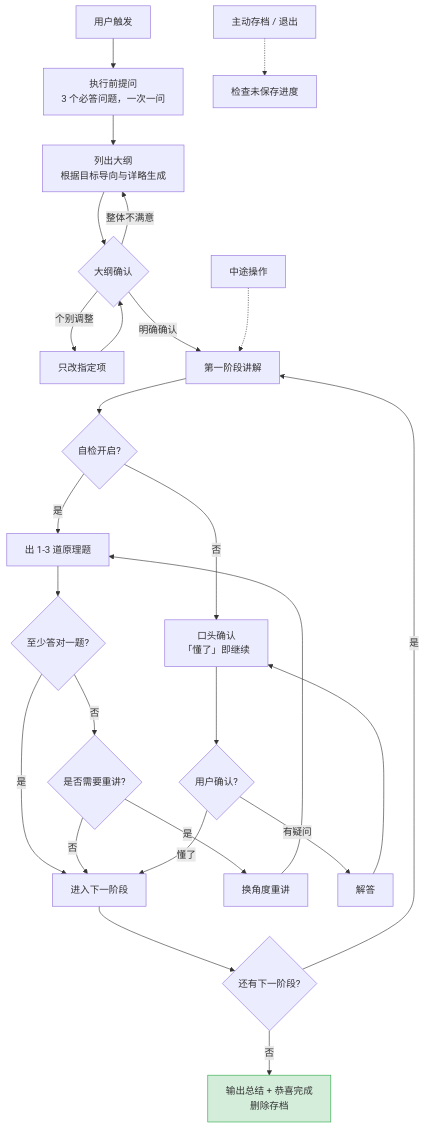
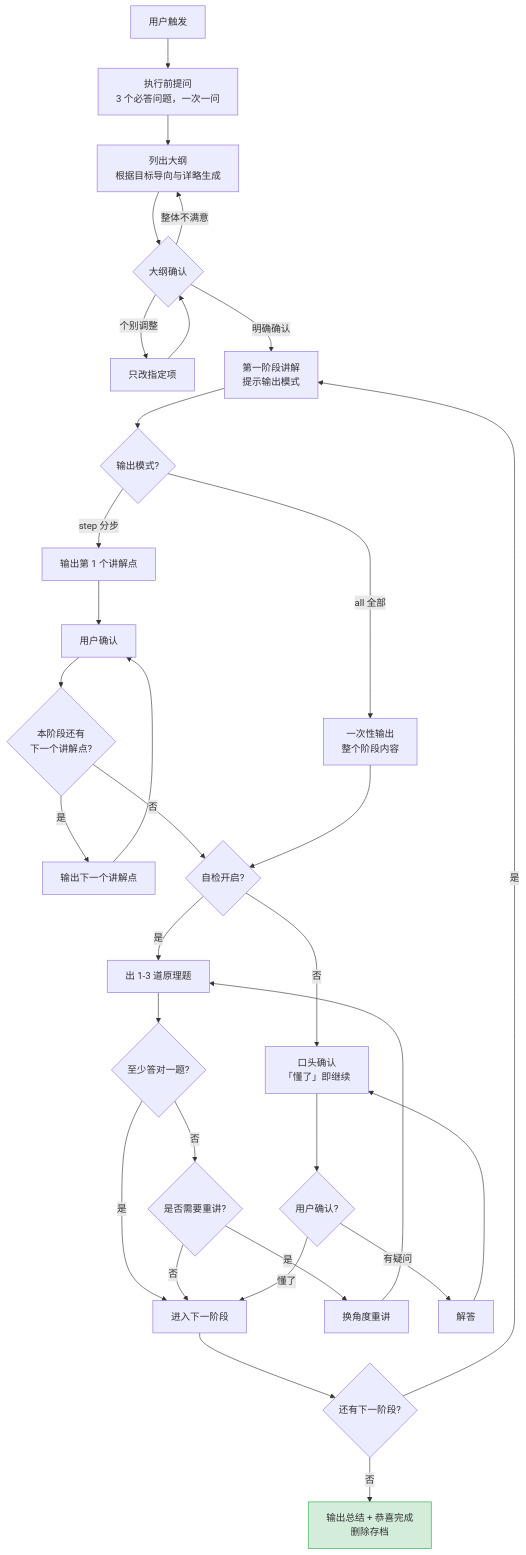
The second of 9 diagrams in README.md (qh747/concept-learn), drawn with Mermaid before and after one commit. The commit also changed other lines of this file and 1 other file, not shown here.

````diff
--- a/README.md
+++ b/README.md
@@ -82,30 +83,34 @@
 ```mermaid
 flowchart TD
     A[用户触发] --> B[执行前提问<br/>3 个必答问题，一次一问]
     B --> C[列出大纲<br/>根据目标导向与详略生成]
     C --> D{大纲确认}
     D -- 整体不满意 --> C
     D -- 个别调整 --> E[只改指定项] --> D
-    D -- 明确确认 --> F[第一阶段讲解]
+    D -- 明确确认 --> F[第一阶段讲解<br/>提示输出模式]
 
-    F --> G{自检开启?}
-    G -- 是 --> H[出 1-3 道原理题]
+    F --> OM{输出模式?}
+    OM -- step 分步 --> S1[输出第 1 个讲解点]
+    S1 --> S2[用户确认]
+    S2 --> S3{本阶段还有<br/>下一个讲解点?}
+    S3 -- 是 --> S4[输出下一个讲解点] --> S2
+    S3 -- 否 --> G
+    OM -- all 全部 --> S5[一次性输出<br/>整个阶段内容] --> G
+
+    G{自检开启?} -- 是 --> H[出 1-3 道原理题]
     H --> I{至少答对一题?}
     I -- 是 --> J[进入下一阶段]
     I -- 否 --> K{是否需要重讲?}
     K -- 是 --> L[换角度重讲] --> H
     K -- 否 --> J
     G -- 否 --> M["口头确认<br/>「懂了」即继续"]
     M --> N{用户确认?}
     N -- 有疑问 --> O[解答] --> M
     N -- 懂了 --> J
 
     J --> P{还有下一阶段?}
     P -- 是 --> F
     P -- 否 --> Q[输出总结 + 恭喜完成<br/>删除存档]
 
-    R[中途操作] -.-> F
-    S[主动存档 / 退出] -.-> T[检查未保存进度]
-
     style Q fill:#d4edda,stroke:#28a745
 ```
````
